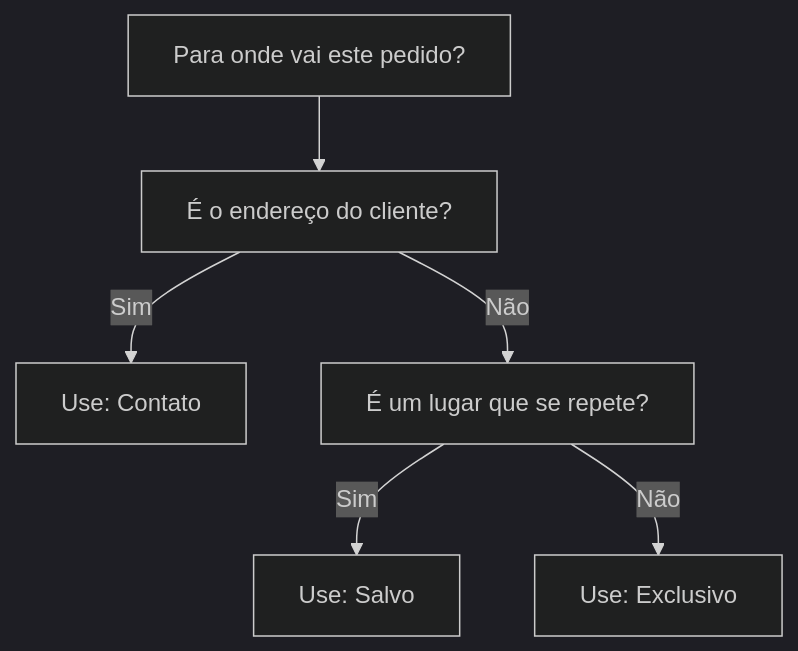
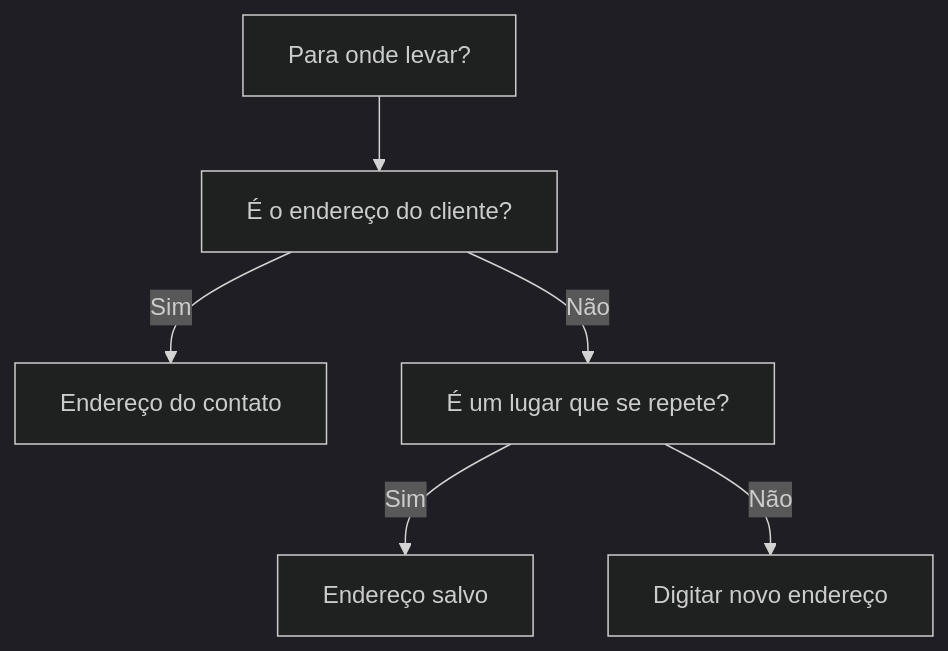
The diagram in orcamentos/enderecos.md (LocFlowTeam/locflow-docs), drawn with Mermaid (dark theme) before and after one commit. The commit also changed other lines of this file and 6 other files, not shown here.

````diff
--- a/orcamentos/enderecos.md
+++ b/orcamentos/enderecos.md
@@ -26,8 +26,8 @@
 ```mermaid
 flowchart TD
-    P["Para onde vai este pedido?"] --> C["É o endereço do cliente?"]
-    C -->|Sim| CT["Use: Contato"]
+    P["Para onde levar?"] --> C["É o endereço do cliente?"]
+    C -->|Sim| CT["Endereço do contato"]
     C -->|Não| R["É um lugar que se repete?"]
-    R -->|Sim| SV["Use: Salvo"]
-    R -->|Não| EX["Use: Exclusivo"]
+    R -->|Sim| SV["Endereço salvo"]
+    R -->|Não| EX["Digitar novo endereço"]
 ```
````
